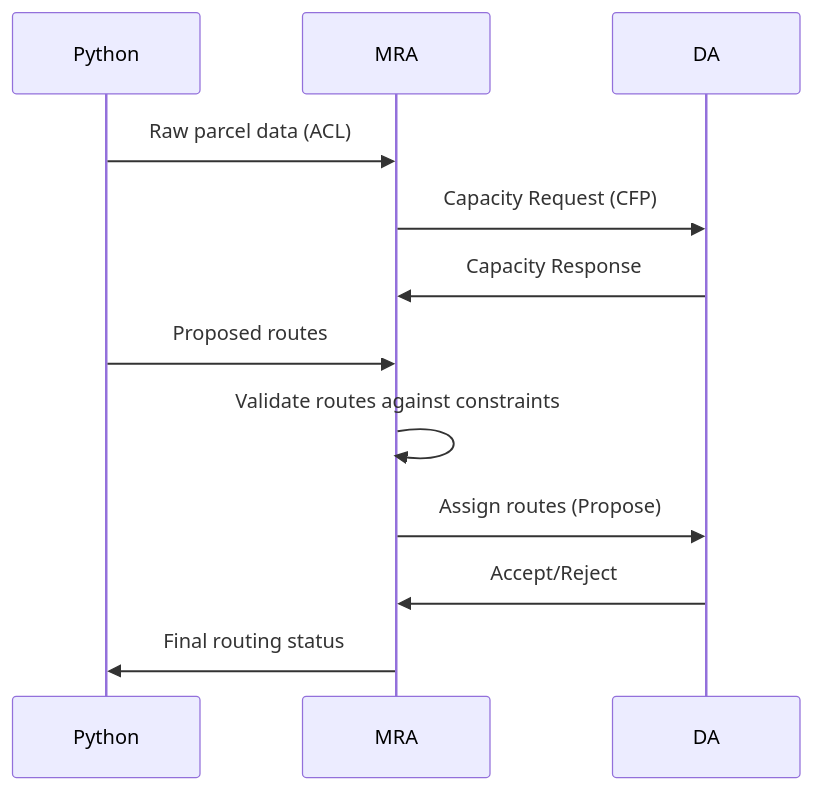
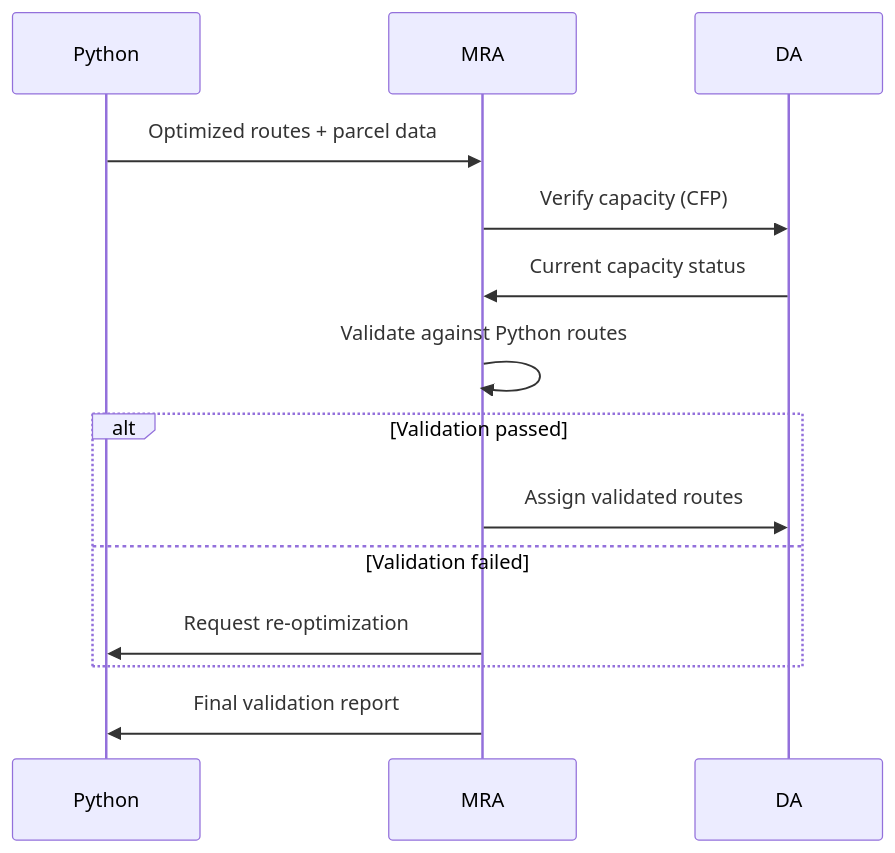
Before and after one commit to darklorddad/Swinburne_COS30018_IS_Delivery_Vehicle_Routing_System: the diagram in .github/ISSUE_TEMPLATE/mra-enhancements.md, drawn with Mermaid. The commit also changed other lines of this file, not shown here.

Commit message:
docs: update MRA requirements to reflect hybrid validation approach

````diff
--- a/.github/ISSUE_TEMPLATE/mra-enhancements.md
+++ b/.github/ISSUE_TEMPLATE/mra-enhancements.md
@@ -42,14 +41,16 @@
 ```mermaid
 sequenceDiagram
     participant Python
     participant MRA
     participant DA
-    Python->>MRA: Raw parcel data (ACL)
-    MRA->>DA: Capacity Request (CFP)
-    DA->>MRA: Capacity Response
-    Python->>MRA: Proposed routes 
-    MRA->>MRA: Validate routes against constraints
-    MRA->>DA: Assign routes (Propose)
-    DA->>MRA: Accept/Reject
-    MRA->>Python: Final routing status
+    Python->>MRA: Optimized routes + parcel data
+    MRA->>DA: Verify capacity (CFP)
+    DA->>MRA: Current capacity status
+    MRA->>MRA: Validate against Python routes
+    alt Validation passed
+        MRA->>DA: Assign validated routes
+    else Validation failed
+        MRA->>Python: Request re-optimization
+    end
+    MRA->>Python: Final validation report
 ```
````
